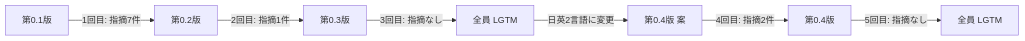
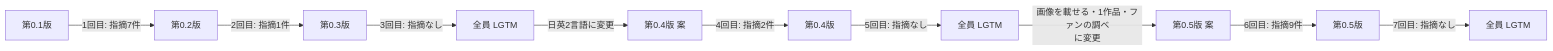
One commit to scenetrail/scenetrail.github.io changed the diagram in docs/spec/review_log.md. Above: the diagram before and after it, drawn with Mermaid. The commit also changed other lines of this file and 3 other files, not shown here.

````diff
--- a/docs/spec/review_log.md
+++ b/docs/spec/review_log.md
@@ -15,9 +15,12 @@
 ```mermaid
 flowchart LR
   v1[第0.1版] -->|1回目: 指摘7件| v2[第0.2版]
   v2 -->|2回目: 指摘1件| v3[第0.3版]
   v3 -->|3回目: 指摘なし| v3ok[全員 LGTM]
   v3ok -->|日英2言語に変更| v4a[第0.4版 案]
   v4a -->|4回目: 指摘2件| v4[第0.4版]
   v4 -->|5回目: 指摘なし| ok[全員 LGTM]
+  ok -->|画像を載せる・1作品・ファンの調べ<br/>に変更| v5a[第0.5版 案]
+  v5a -->|6回目: 指摘9件| v5[第0.5版]
+  v5 -->|7回目: 指摘なし| ok2[全員 LGTM]
 ```
````
